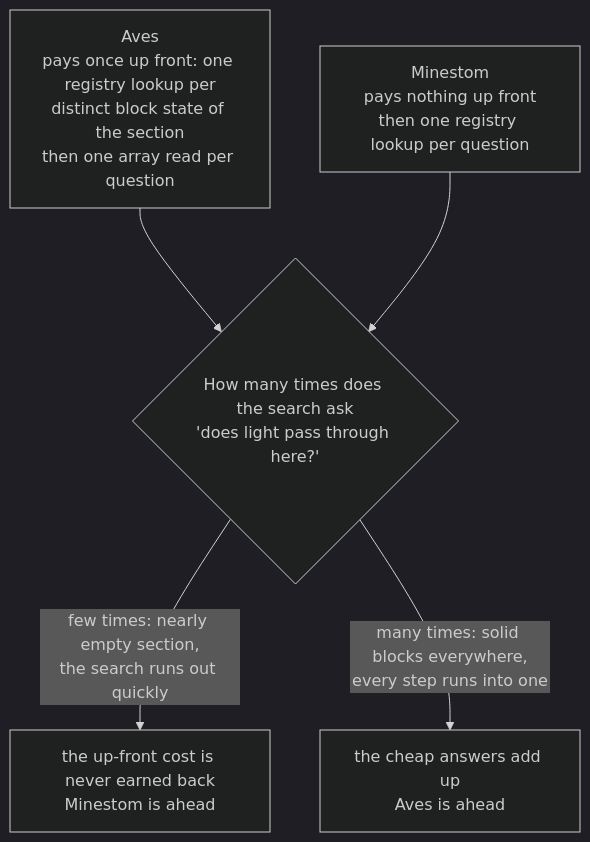
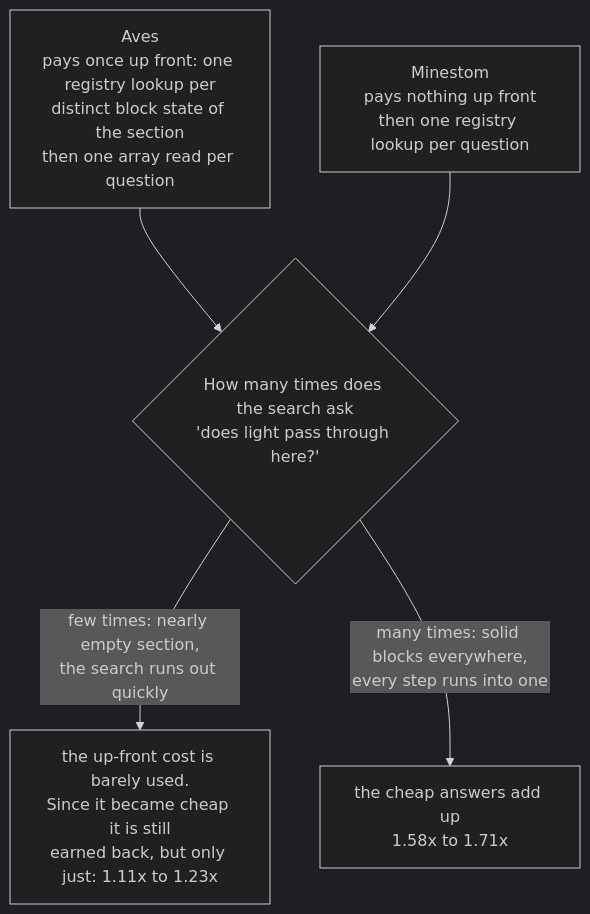
The third of 5 diagrams in docs/light-engine.md (OneLiteFeatherNET/Aves), drawn with Mermaid (dark theme) before and after one commit. The commit also changed other lines of this file and 2 other files, not shown here.

````diff
--- a/docs/light-engine.md
+++ b/docs/light-engine.md
@@ -200,10 +220,10 @@
 ```mermaid
 flowchart TB
     AV["Aves<br/>pays once up front: one registry lookup per<br/>distinct block state of the section<br/>then one array read per question"]
     MI["Minestom<br/>pays nothing up front<br/>then one registry lookup per question"]
     Q{"How many times does the search ask<br/>'does light pass through here?'"}
     AV --> Q
     MI --> Q
-    Q -->|"few times: nearly empty section,<br/>the search runs out quickly"| L["the up-front cost is never earned back<br/>Minestom is ahead"]
-    Q -->|"many times: solid blocks everywhere,<br/>every step runs into one"| W["the cheap answers add up<br/>Aves is ahead"]
+    Q -->|"few times: nearly empty section,<br/>the search runs out quickly"| L["the up-front cost is barely used.<br/>Since it became cheap it is still<br/>earned back, but only just: 1.11x to 1.23x"]
+    Q -->|"many times: solid blocks everywhere,<br/>every step runs into one"| W["the cheap answers add up<br/>1.58x to 1.71x"]
 ```
````
